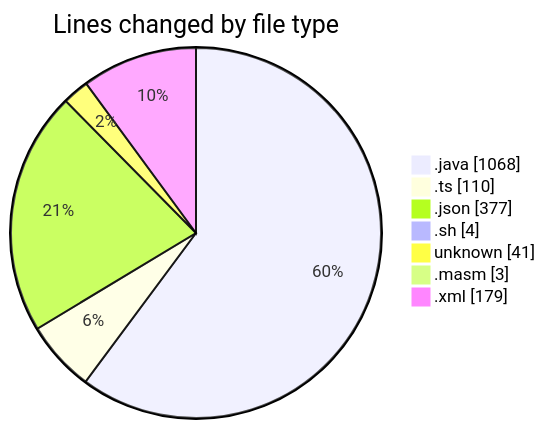
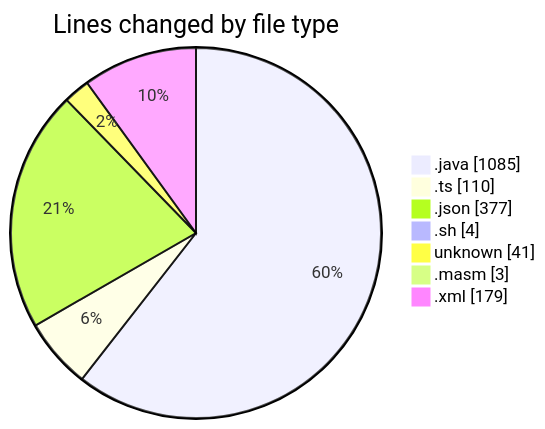
One commit to charlie-sans/code-tracking changed the first of 2 diagrams in 2025-02-20/micros/README.md. Above: the diagram before and after it, drawn with Mermaid. The commit also changed other lines of this file and 1 other file, not shown here.

````diff
--- a/2025-02-20/micros/README.md
+++ b/2025-02-20/micros/README.md
@@ -34,11 +34,11 @@
 ```mermaid
 pie showData
 title Lines changed by file type
-".java" : 1068
+".java" : 1085
 ".ts" : 110
 ".json" : 377
 ".sh" : 4
 "unknown" : 41
 ".masm" : 3
 ".xml" : 179
 ```
````
